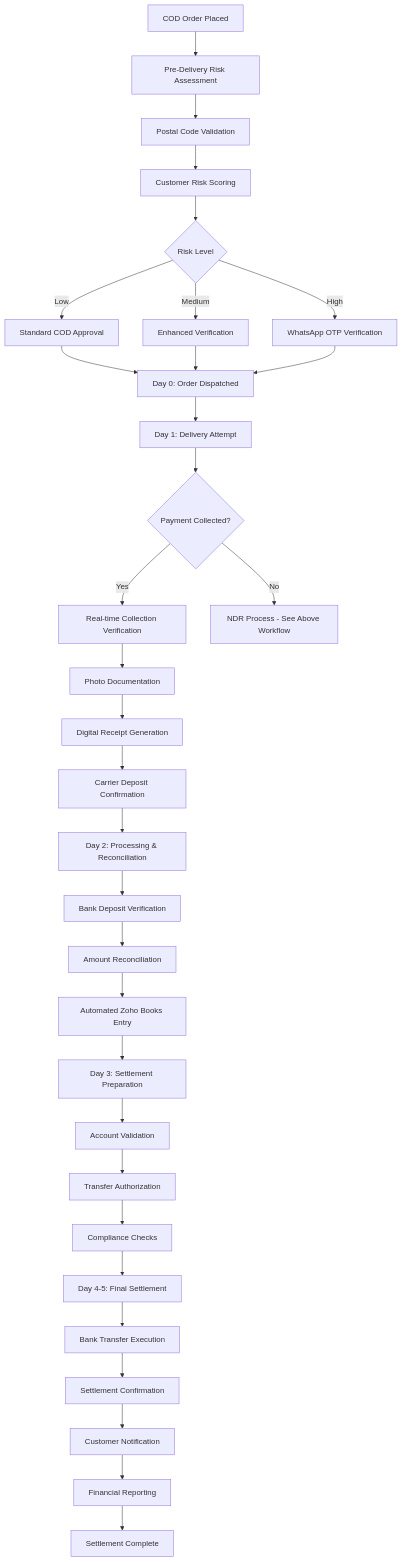
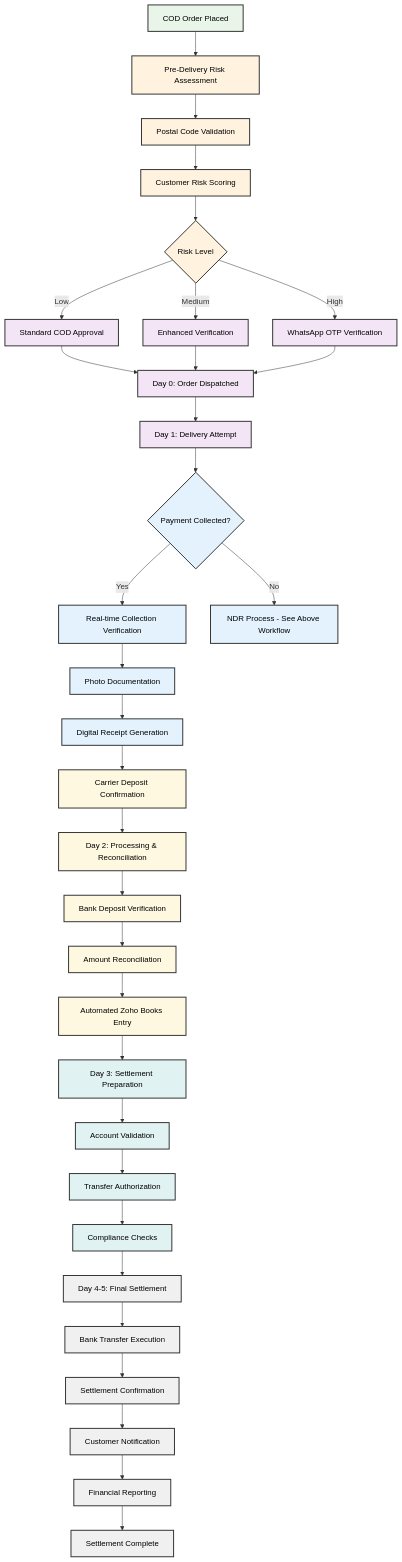
One commit to sandeepkumar0801/Digihub changed diagram 17 of 44 in README.md. Above: the diagram before and after it, drawn with Mermaid. The commit also changed other lines of this file and 1 other file, not shown here.

````diff
--- a/README.md
+++ b/README.md
@@ -3106,64 +3306,79 @@
 ```mermaid
 graph TD
     A[COD Order Placed] --> B[Pre-Delivery Risk Assessment]
     B --> C[Postal Code Validation]
     C --> D[Customer Risk Scoring]
 
     D --> E{Risk Level}
     E -->|Low| F[Standard COD Approval]
     E -->|Medium| G[Enhanced Verification]
     E -->|High| H[WhatsApp OTP Verification]
 
     F --> I[Day 0: Order Dispatched]
     G --> I
     H --> I
 
     I --> J[Day 1: Delivery Attempt]
     J --> K{Payment Collected?}
 
     K -->|Yes| L[Real-time Collection Verification]
     K -->|No| M[NDR Process - See Above Workflow]
 
     L --> N[Photo Documentation]
     N --> O[Digital Receipt Generation]
     O --> P[Carrier Deposit Confirmation]
 
     P --> Q[Day 2: Processing & Reconciliation]
     Q --> R[Bank Deposit Verification]
     R --> S[Amount Reconciliation]
     S --> T[Automated Zoho Books Entry]
 
     T --> U[Day 3: Settlement Preparation]
     U --> V[Account Validation]
     V --> W[Transfer Authorization]
     W --> X[Compliance Checks]
 
     X --> Y[Day 4-5: Final Settlement]
     Y --> Z[Bank Transfer Execution]
     Z --> AA[Settlement Confirmation]
     AA --> BB[Customer Notification]
     BB --> CC[Financial Reporting]
 
     CC --> DD[Settlement Complete]
 
 
 
 
 
 
 
 
 
 
 
 
 
 
 
 
 
 
 
 
 
+    classDef start fill:#e8f5e8,stroke:#333333,stroke-width:2px,color:#000000
+    classDef assessment fill:#fff3e0,stroke:#333333,stroke-width:2px,color:#000000
+    classDef delivery fill:#f3e5f5,stroke:#333333,stroke-width:2px,color:#000000
+    classDef collection fill:#e3f2fd,stroke:#333333,stroke-width:2px,color:#000000
+    classDef processing fill:#fff8e1,stroke:#333333,stroke-width:2px,color:#000000
+    classDef settlement fill:#e0f2f1,stroke:#333333,stroke-width:2px,color:#000000
+    classDef complete fill:#f0f0f0,stroke:#333333,stroke-width:2px,color:#000000
+
+    class A start
+    class B,C,D,E assessment
+    class F,G,H,I,J delivery
+    class K,L,M,N,O collection
+    class P,Q,R,S,T processing
+    class U,V,W,X settlement
+    class Y,Z,AA,BB,CC,DD complete
 ```
````
